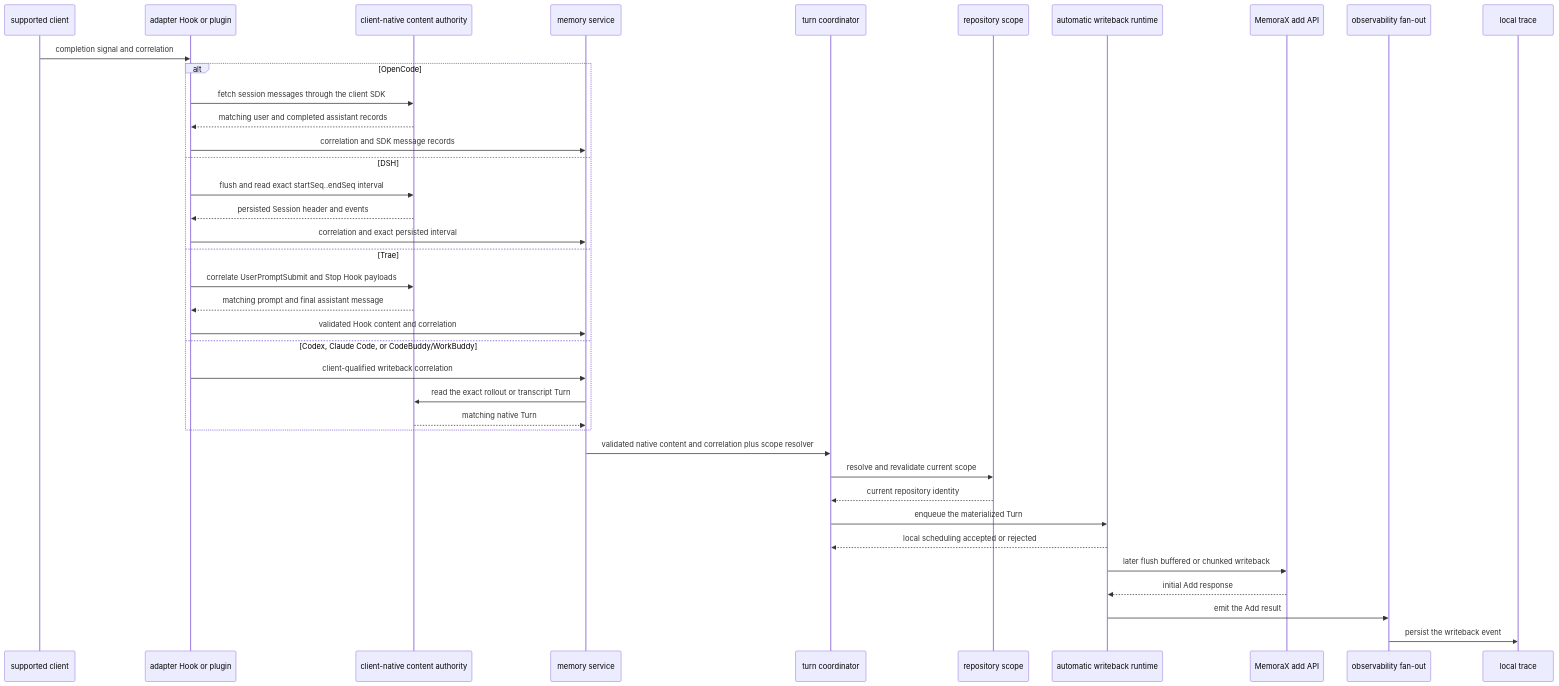
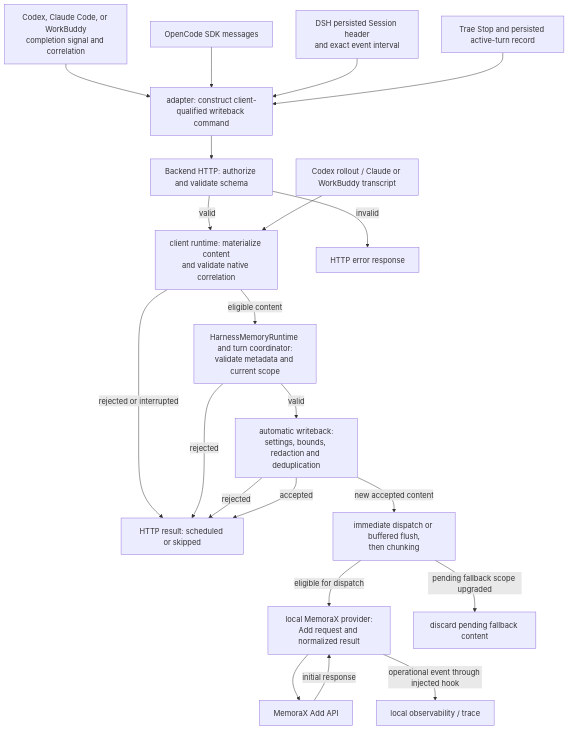
One commit to SimonEskildse/memorax-code changed the fifth of 7 diagrams in ARCHITECTURE.md. Above: the diagram before and after it, drawn with Mermaid. The commit also changed other lines of this file and 4 other files, not shown here.

Commit message:
docs:(architecture) align runtime contracts and diagrams with implementation

````diff
--- a/ARCHITECTURE.md
+++ b/ARCHITECTURE.md
@@ -439,41 +486,27 @@
 ```mermaid
-sequenceDiagram
-  participant Client as supported client
-  participant Integration as adapter Hook or plugin
-  participant Authority as client-native content authority
-  participant Service as memory service
-  participant Coordinator as turn coordinator
-  participant Scope as repository scope
-  participant Runtime as automatic writeback runtime
-  participant Provider as MemoraX add API
-  participant Obs as observability fan-out
-  participant Trace as local trace
+flowchart TD
+  Completion["Codex, Claude Code, or WorkBuddy<br/>completion signal and correlation"] --> Hook
+  SDK["OpenCode SDK messages"] --> Hook
+  DSH["DSH persisted Session header<br/>and exact event interval"] --> Hook
+  Trae["Trae Stop and persisted active-turn record"] --> Hook
+  Hook["adapter: construct client-qualified writeback command"] --> HTTP
 
-  Client->>Integration: completion signal and correlation
-  alt OpenCode
-    Integration->>Authority: fetch session messages through the client SDK
-    Authority-->>Integration: matching user and completed assistant records
-    Integration->>Service: correlation and SDK message records
-  else DSH
-    Integration->>Authority: flush and read exact startSeq..endSeq interval
-    Authority-->>Integration: persisted Session header and events
-    Integration->>Service: correlation and exact persisted interval
-  else Trae
-    Integration->>Authority: correlate UserPromptSubmit and Stop Hook payloads
-    Authority-->>Integration: matching prompt and final assistant message
-    Integration->>Service: validated Hook content and correlation
-  else Codex, Claude Code, or CodeBuddy/WorkBuddy
-    Integration->>Service: client-qualified writeback correlation
-    Service->>Authority: read the exact rollout or transcript Turn
-    Authority-->>Service: matching native Turn
-  end
-  Service->>Coordinator: validated native content and correlation plus scope resolver
-  Coordinator->>Scope: resolve and revalidate current scope
-  Scope-->>Coordinator: current repository identity
-  Coordinator->>Runtime: enqueue the materialized Turn
-  Runtime-->>Coordinator: local scheduling accepted or rejected
-  Runtime->>Provider: later flush buffered or chunked writeback
-  Provider-->>Runtime: initial Add response
-  Runtime->>Obs: emit the Add result
-  Obs->>Trace: persist the writeback event
+  HTTP["Backend HTTP: authorize and validate schema"] -->|"valid"| Native
+  HTTP -->|"invalid"| Error["HTTP error response"]
+  Files["Codex rollout / Claude or WorkBuddy transcript"] --> Native
+  Native["client runtime: materialize content<br/>and validate native correlation"] -->|"eligible content"| Shared
+  Native -->|"rejected or interrupted"| Result
+
+  Shared["HarnessMemoryRuntime and turn coordinator:<br/>validate metadata and current scope"] -->|"valid"| Runtime
+  Shared -->|"rejected"| Result
+  Runtime["automatic writeback:<br/>settings, bounds, redaction and deduplication"] -->|"rejected"| Result
+  Runtime -->|"accepted"| Result
+  Result["HTTP result: scheduled or skipped"]
+
+  Runtime -->|"new accepted content"| Pending
+  Pending["immediate dispatch or buffered flush,<br/>then chunking"] -->|"eligible for dispatch"| Provider
+  Pending -->|"pending fallback scope upgraded"| Discard["discard pending fallback content"]
+  Provider["local MemoraX provider:<br/>Add request and normalized result"] --> Remote
+  Remote["MemoraX Add API"] -->|"initial response"| Provider
+  Provider -->|"operational event through injected hook"| Trace["local observability / trace"]
 ```
````
